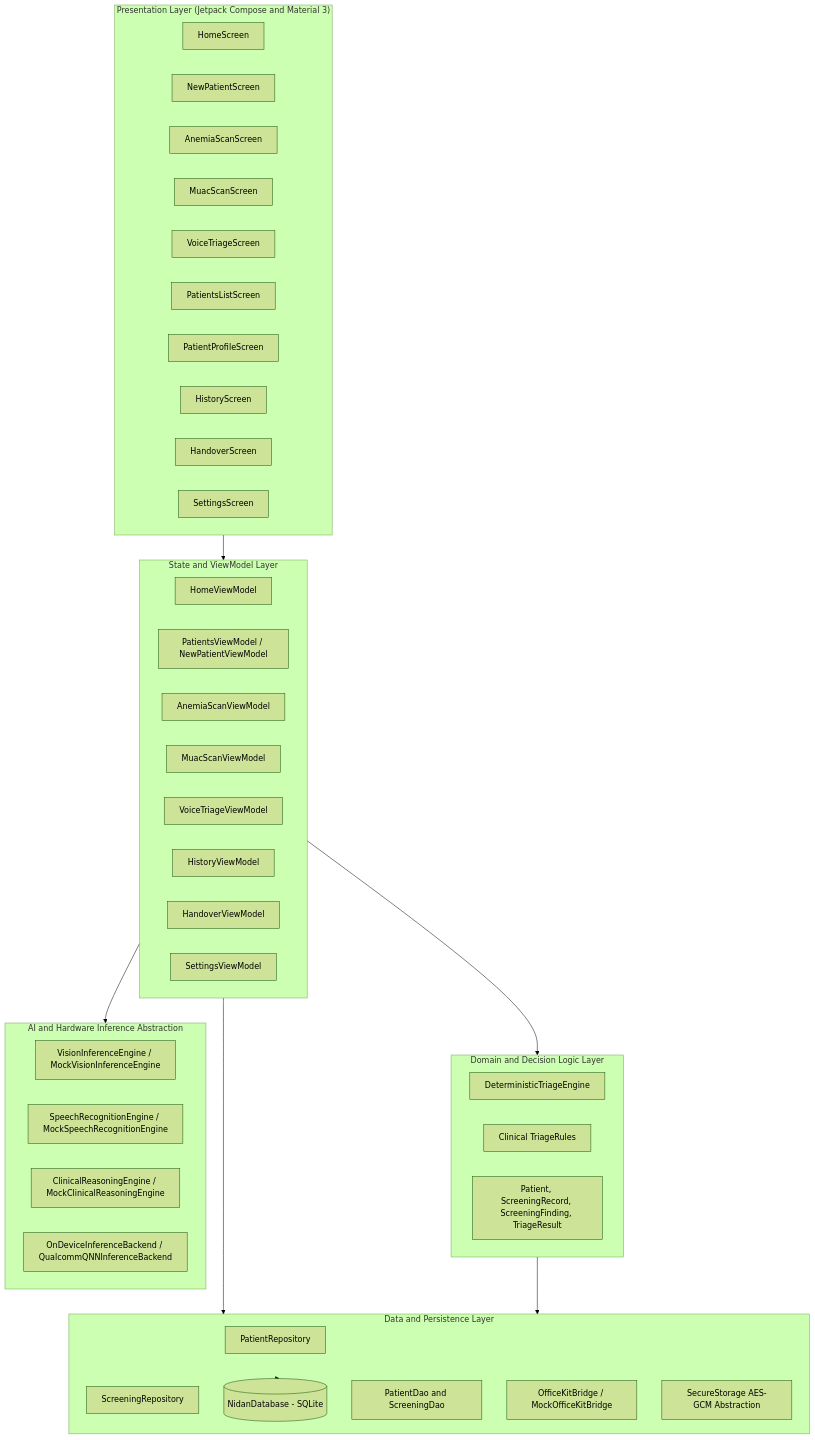
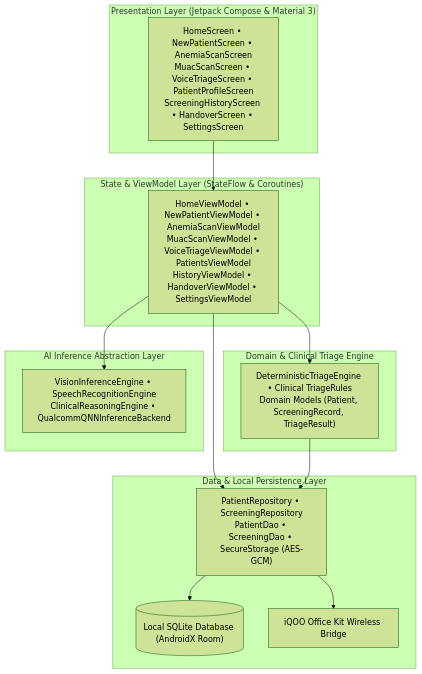
The second of 4 diagrams in README.md (SarthakNC/Nidan-AI---IQOO-INDIA-HACKATHON-IDEA-SUBMISSION), drawn with Mermaid (forest theme) before and after one commit. The commit also changed other lines of this file, not shown here.

First line of the commit message:
docs: update system architecture diagram in README

````diff
--- a/README.md
+++ b/README.md
@@ -168,55 +168,32 @@
 ```mermaid
-graph TB
-    subgraph Presentation_Layer ["Presentation Layer (Jetpack Compose and Material 3)"]
-        UI_Home["HomeScreen"]
-        UI_NewPatient["NewPatientScreen"]
-        UI_Anemia["AnemiaScanScreen"]
-        UI_Muac["MuacScanScreen"]
-        UI_Voice["VoiceTriageScreen"]
-        UI_Patients["PatientsListScreen"]
-        UI_Profile["PatientProfileScreen"]
-        UI_History["HistoryScreen"]
-        UI_Handover["HandoverScreen"]
-        UI_Settings["SettingsScreen"]
+flowchart TB
+    subgraph UI ["Presentation Layer (Jetpack Compose & Material 3)"]
+        Screens["HomeScreen • NewPatientScreen • AnemiaScanScreen<br/>MuacScanScreen • VoiceTriageScreen • PatientProfileScreen<br/>ScreeningHistoryScreen • HandoverScreen • SettingsScreen"]
     end
 
-    subgraph ViewModel_Layer ["State and ViewModel Layer"]
-        VM_Home["HomeViewModel"]
-        VM_Patient["PatientsViewModel / NewPatientViewModel"]
-        VM_Anemia["AnemiaScanViewModel"]
-        VM_Muac["MuacScanViewModel"]
-        VM_Voice["VoiceTriageViewModel"]
-        VM_History["HistoryViewModel"]
-        VM_Handover["HandoverViewModel"]
-        VM_Settings["SettingsViewModel"]
+    subgraph State ["State & ViewModel Layer (StateFlow & Coroutines)"]
+        VMs["HomeViewModel • NewPatientViewModel • AnemiaScanViewModel<br/>MuacScanViewModel • VoiceTriageViewModel • PatientsViewModel<br/>HistoryViewModel • HandoverViewModel • SettingsViewModel"]
     end
 
-    subgraph Domain_Layer ["Domain and Decision Logic Layer"]
-        TriageEngine["DeterministicTriageEngine"]
-        TriageRules["Clinical TriageRules"]
-        Models["Patient, ScreeningRecord, ScreeningFinding, TriageResult"]
+    subgraph Domain ["Domain & Clinical Triage Engine"]
+        Engine["DeterministicTriageEngine • Clinical TriageRules<br/>Domain Models (Patient, ScreeningRecord, TriageResult)"]
     end
 
-    subgraph AI_Abstraction_Layer ["AI and Hardware Inference Abstraction"]
-        VisionEngine["VisionInferenceEngine / MockVisionInferenceEngine"]
-        SpeechEngine["SpeechRecognitionEngine / MockSpeechRecognitionEngine"]
-        ReasoningEngine["ClinicalReasoningEngine / MockClinicalReasoningEngine"]
-        BackendAbstraction["OnDeviceInferenceBackend / QualcommQNNInferenceBackend"]
+    subgraph AI ["AI Inference Abstraction Layer"]
+        Engines["VisionInferenceEngine • SpeechRecognitionEngine<br/>ClinicalReasoningEngine • QualcommQNNInferenceBackend"]
     end
 
-    subgraph Data_Layer ["Data and Persistence Layer"]
-        PatientRepo["PatientRepository"]
-        ScreeningRepo["ScreeningRepository"]
-        RoomDB[("NidanDatabase - SQLite")]
-        DAOs["PatientDao and ScreeningDao"]
-        OfficeKit["OfficeKitBridge / MockOfficeKitBridge"]
-        SecStorage["SecureStorage AES-GCM Abstraction"]
+    subgraph Data ["Data & Local Persistence Layer"]
+        Repos["PatientRepository • ScreeningRepository<br/>PatientDao • ScreeningDao • SecureStorage (AES-GCM)"]
+        DB[("Local SQLite Database (AndroidX Room)")]
+        Office["iQOO Office Kit Wireless Bridge"]
     end
 
-    Presentation_Layer --> ViewModel_Layer
-    ViewModel_Layer --> Domain_Layer
-    ViewModel_Layer --> AI_Abstraction_Layer
-    ViewModel_Layer --> Data_Layer
-    Domain_Layer --> Data_Layer
-    Data_Layer --> RoomDB
+    Screens --> VMs
+    VMs --> Engine
+    VMs --> Engines
+    VMs --> Repos
+    Engine --> Repos
+    Repos --> DB
+    Repos --> Office
 ```
````
